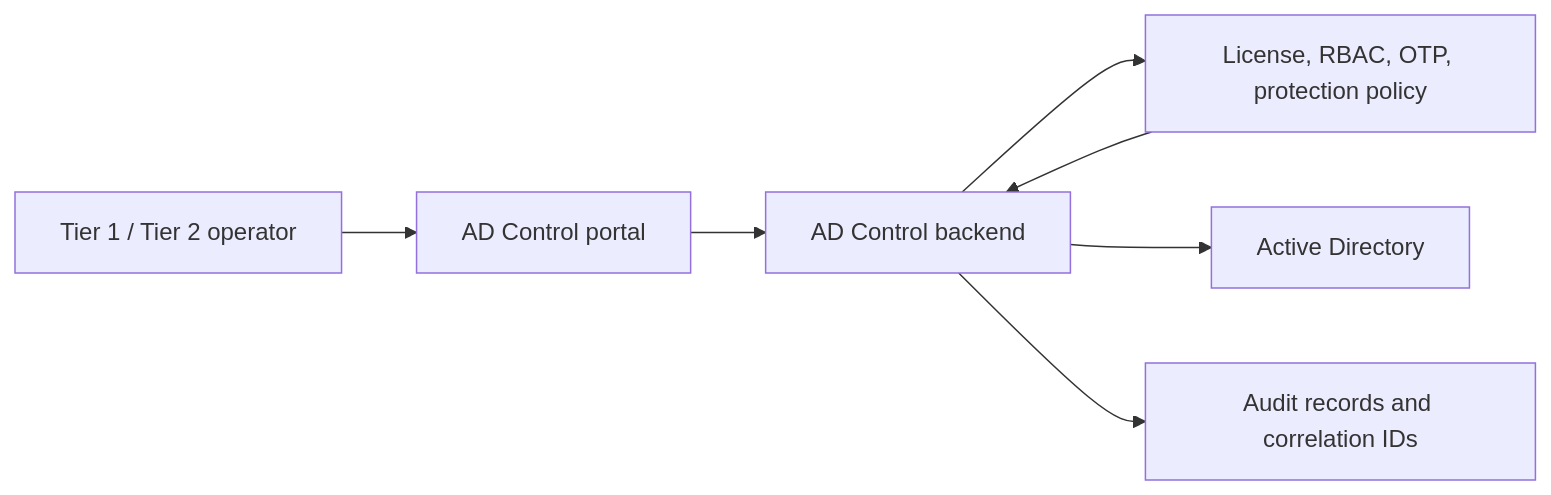
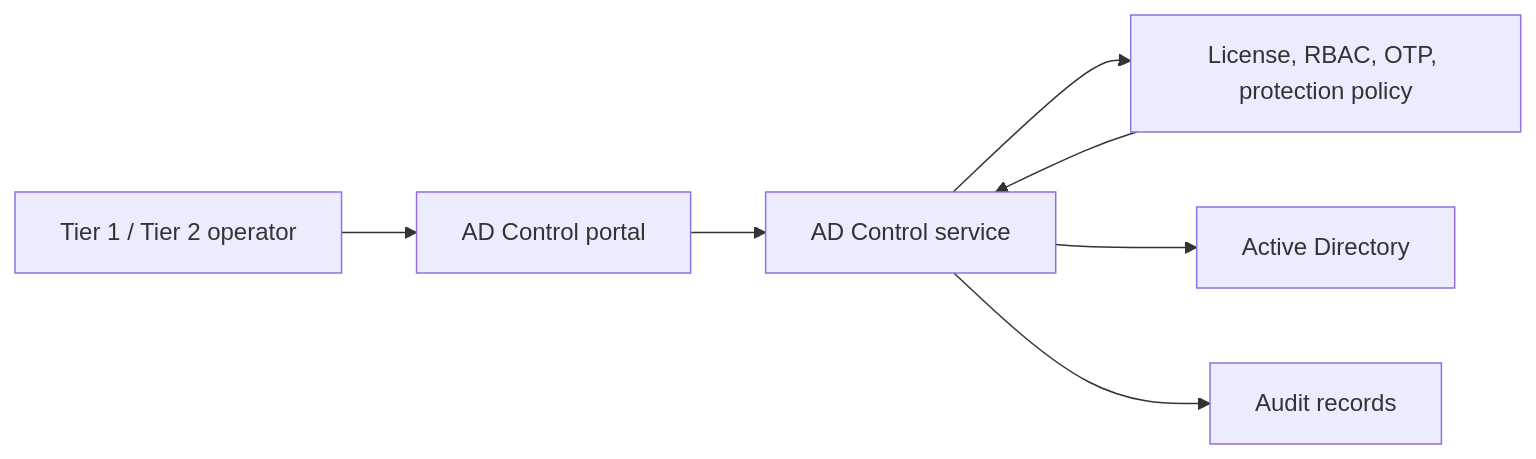
One commit to SmartPT/smartpt.github.io changed the diagram in docs/ad-control/getting-started.md. Above: the diagram before and after it, drawn with Mermaid. The commit also changed other lines of this file and 16 other files, not shown here.

````diff
--- a/docs/ad-control/getting-started.md
+++ b/docs/ad-control/getting-started.md
@@ -9,9 +9,9 @@
 ```mermaid
 flowchart LR
   Operator["Tier 1 / Tier 2 operator"] --> Portal["AD Control portal"]
-  Portal --> Backend["AD Control backend"]
-  Backend --> Policy["License, RBAC, OTP, protection policy"]
-  Backend --> AD["Active Directory"]
-  Backend --> Audit["Audit records and correlation IDs"]
-  Policy --> Backend
+  Portal --> Service["AD Control service"]
+  Service --> Policy["License, RBAC, OTP, protection policy"]
+  Service --> AD["Active Directory"]
+  Service --> Audit["Audit records"]
+  Policy --> Service
 ```
````
